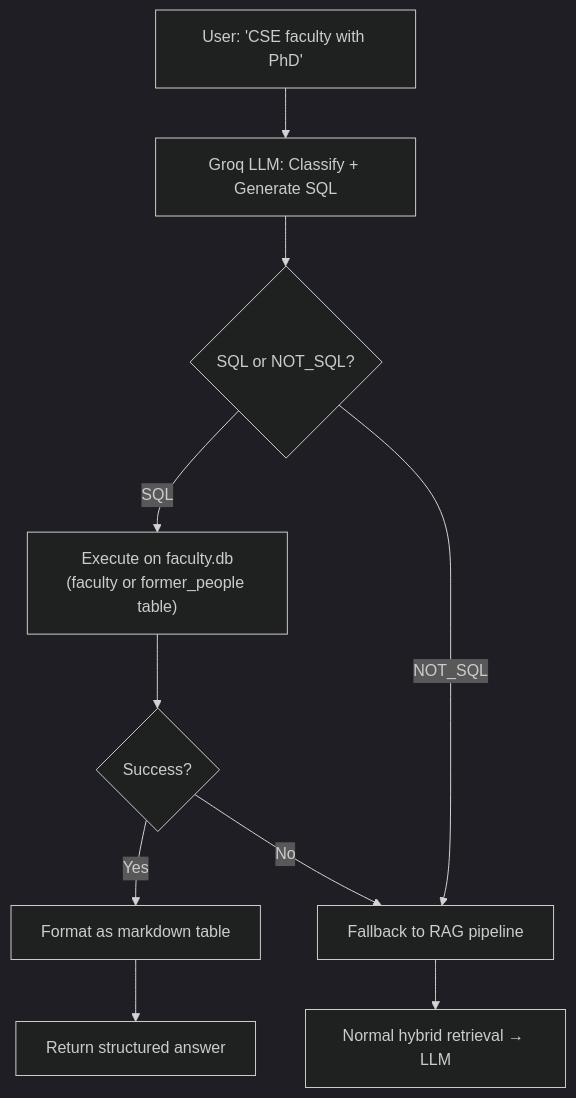
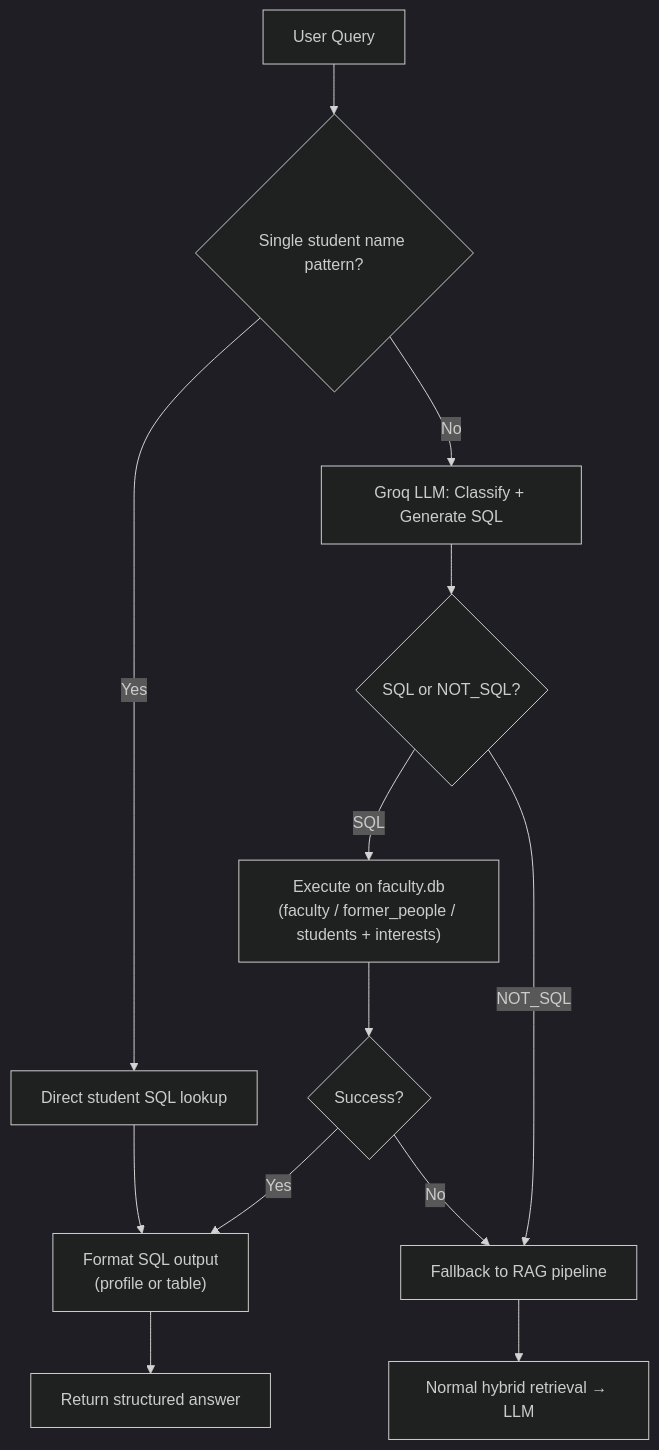
Diagram 13 of 17 in WORKING.md (arxhr007/sahrdaya_ragx), drawn with Mermaid (dark theme) before and after one commit. The commit also changed other lines of this file and 6 other files, not shown here.

Commit message:
feat: integrate student data ingestion and SQL fast path for queries in chatbot

````diff
--- a/WORKING.md
+++ b/WORKING.md
@@ -669,12 +693,15 @@
 ```mermaid
 flowchart TD
-    A["User: 'CSE faculty with PhD'"] --> B["Groq LLM: Classify + Generate SQL"]
-    B --> C{SQL or NOT_SQL?}
-    C -->|SQL| D["Execute on faculty.db\n(faculty or former_people table)"]
-    D --> E{Success?}
-    E -->|Yes| F["Format as markdown table"]
-    E -->|No| G["Fallback to RAG pipeline"]
-    C -->|NOT_SQL| G
-    F --> H["Return structured answer"]
-    G --> I["Normal hybrid retrieval → LLM"]
+  A["User Query"] --> A1{Single student name pattern?}
+  A1 -->|Yes| A2["Direct student SQL lookup"]
+  A1 -->|No| B["Groq LLM: Classify + Generate SQL"]
+  B --> C{SQL or NOT_SQL?}
+  C -->|SQL| D["Execute on faculty.db\n(faculty / former_people / students + interests)"]
+  D --> E{Success?}
+  E -->|Yes| F["Format SQL output\n(profile or table)"]
+  E -->|No| G["Fallback to RAG pipeline"]
+  C -->|NOT_SQL| G
+  A2 --> F
+  F --> H["Return structured answer"]
+  G --> I["Normal hybrid retrieval → LLM"]
 ```
````
